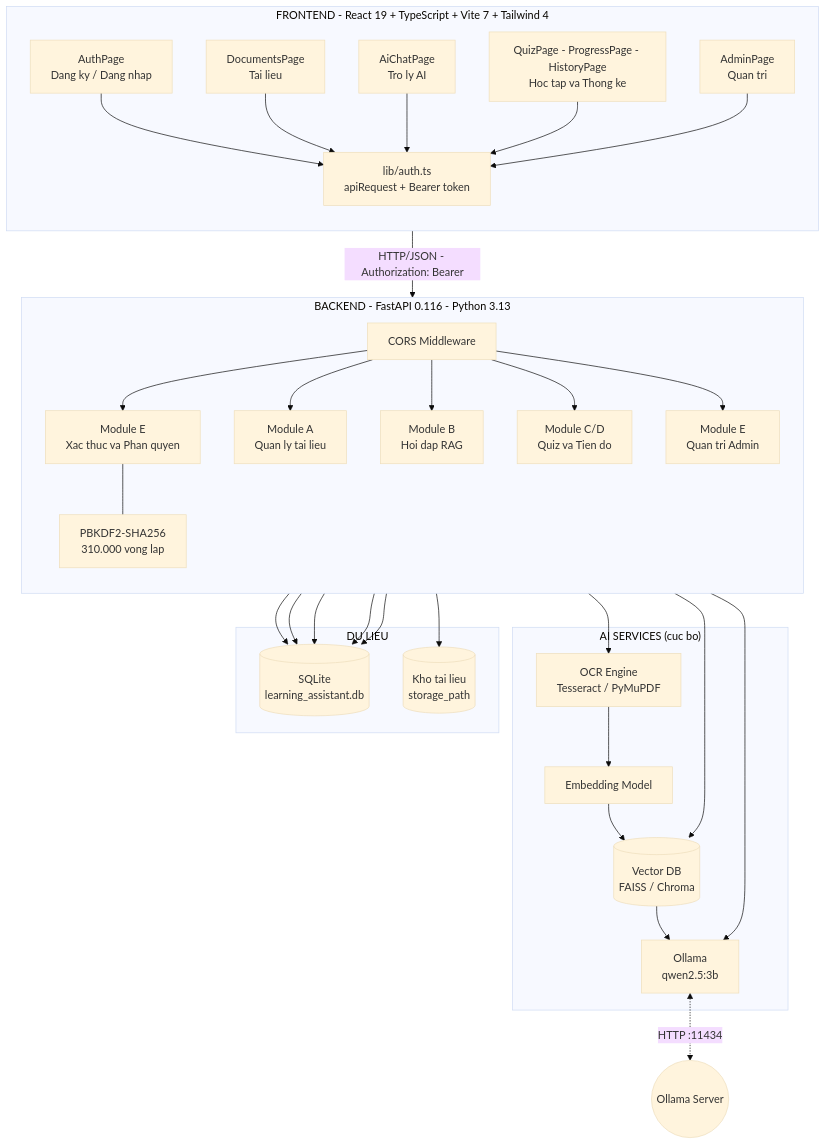
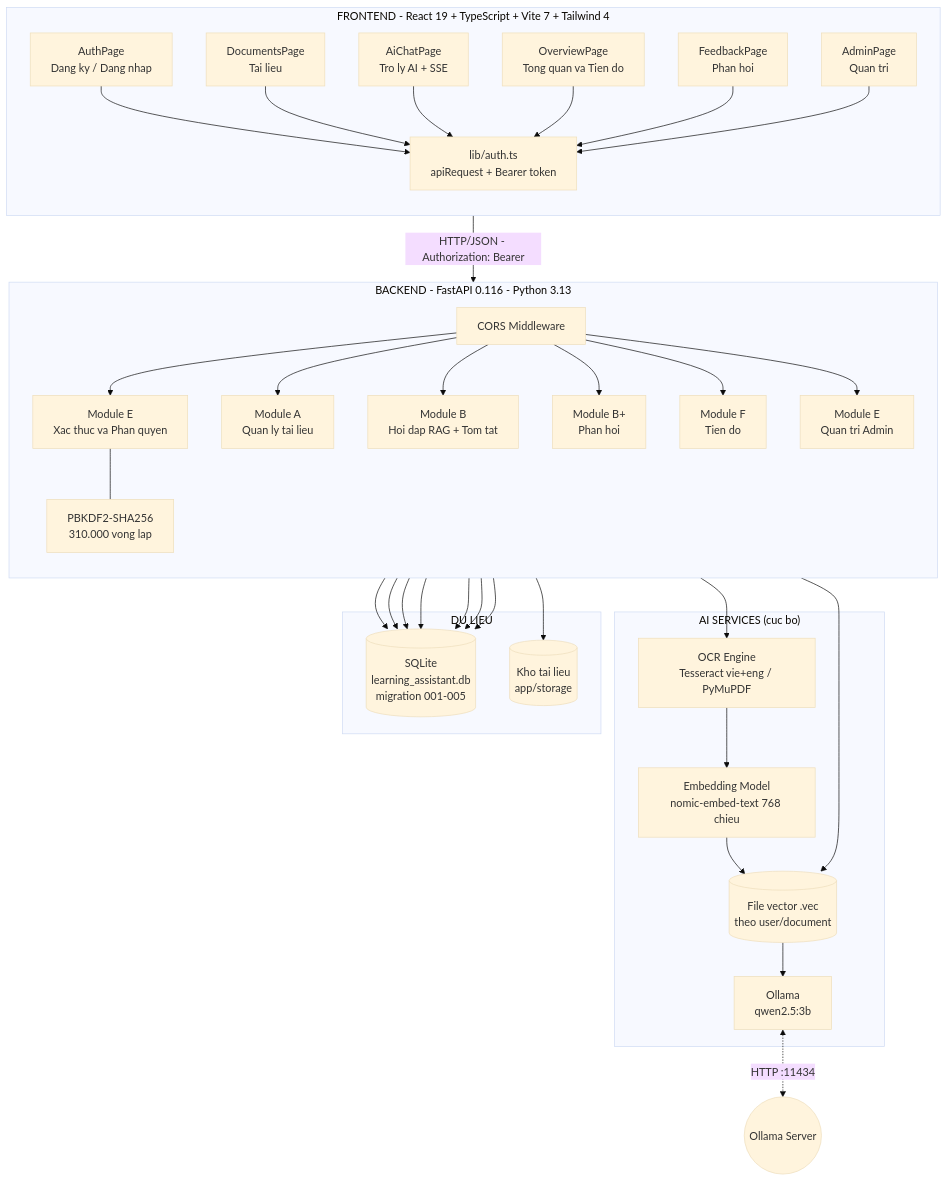
One commit to PhanTai227/ChatBotTroLiThongMinh changed the first of 5 diagrams in docs/THIET_KE_HE_THONG.md. Above: the diagram before and after it, drawn with Mermaid (base theme). The commit also changed other lines of this file and 36 other files, not shown here.

Commit message:
feat: RAG hoi dap + phan hoi + tien do, bo module quiz; dong bo tai lieu thiet ke/SRS/huong dan

````diff
--- a/docs/THIET_KE_HE_THONG.md
+++ b/docs/THIET_KE_HE_THONG.md
@@ -51,46 +57,48 @@
 ```mermaid
 flowchart TB
     subgraph Client["FRONTEND - React 19 + TypeScript + Vite 7 + Tailwind 4"]
         direction TB
         FE1[AuthPage<br/>Dang ky / Dang nhap]
         FE2[DocumentsPage<br/>Tai lieu]
-        FE3[AiChatPage<br/>Tro ly AI]
-        FE4[QuizPage - ProgressPage - HistoryPage<br/>Hoc tap va Thong ke]
-        FE5[AdminPage<br/>Quan tri]
+        FE3[AiChatPage<br/>Tro ly AI + SSE]
+        FE4[OverviewPage<br/>Tong quan va Tien do]
+        FE5[FeedbackPage<br/>Phan hoi]
+        FE6[AdminPage<br/>Quan tri]
         LIB[lib/auth.ts<br/>apiRequest + Bearer token]
     end
 
     subgraph Backend["BACKEND - FastAPI 0.116 - Python 3.13"]
         direction TB
         CORS[CORS Middleware]
         ME[Module E<br/>Xac thuc va Phan quyen]
         MA[Module A<br/>Quan ly tai lieu]
-        MB[Module B<br/>Hoi dap RAG]
-        MCD[Module C/D<br/>Quiz va Tien do]
+        MB[Module B<br/>Hoi dap RAG + Tom tat]
+        MF[Module B+<br/>Phan hoi]
+        MCD[Module F<br/>Tien do]
         MADM[Module E<br/>Quan tri Admin]
         SEC[PBKDF2-SHA256<br/>310.000 vong lap]
     end
 
     subgraph AI["AI SERVICES (cuc bo)"]
-        OCR[OCR Engine<br/>Tesseract / PyMuPDF]
-        EMB[Embedding Model]
-        VDB[(Vector DB<br/>FAISS / Chroma)]
+        OCR[OCR Engine<br/>Tesseract vie+eng / PyMuPDF]
+        EMB[Embedding Model<br/>nomic-embed-text 768 chieu]
+        VDB[(File vector .vec<br/>theo user/document)]
         LLM[Ollama<br/>qwen2.5:3b]
     end
 
     subgraph Data["DU LIEU"]
-        DB[("SQLite<br/>learning_assistant.db")]
-        FS[(Kho tai lieu<br/>storage_path)]
+        DB[("SQLite<br/>learning_assistant.db<br/>migration 001-005")]
+        FS[(Kho tai lieu<br/>app/storage)]
     end
 
-    FE1 & FE2 & FE3 & FE4 & FE5 --> LIB
+    FE1 & FE2 & FE3 & FE4 & FE5 & FE6 --> LIB
     LIB -->|HTTP/JSON - Authorization: Bearer| CORS
-    CORS --> ME & MA & MB & MCD & MADM
+    CORS --> ME & MA & MB & MF & MCD & MADM
     ME --- SEC
     MA --> OCR --> EMB --> VDB
     MB --> VDB --> LLM
-    MCD --> LLM
-    ME & MA & MB & MCD & MADM --> DB
+    MCD --> DB
+    ME & MA & MB & MF & MCD & MADM --> DB
     MA --> FS
     LLM <-.->|HTTP :11434| OL((Ollama Server))
 ```
````
